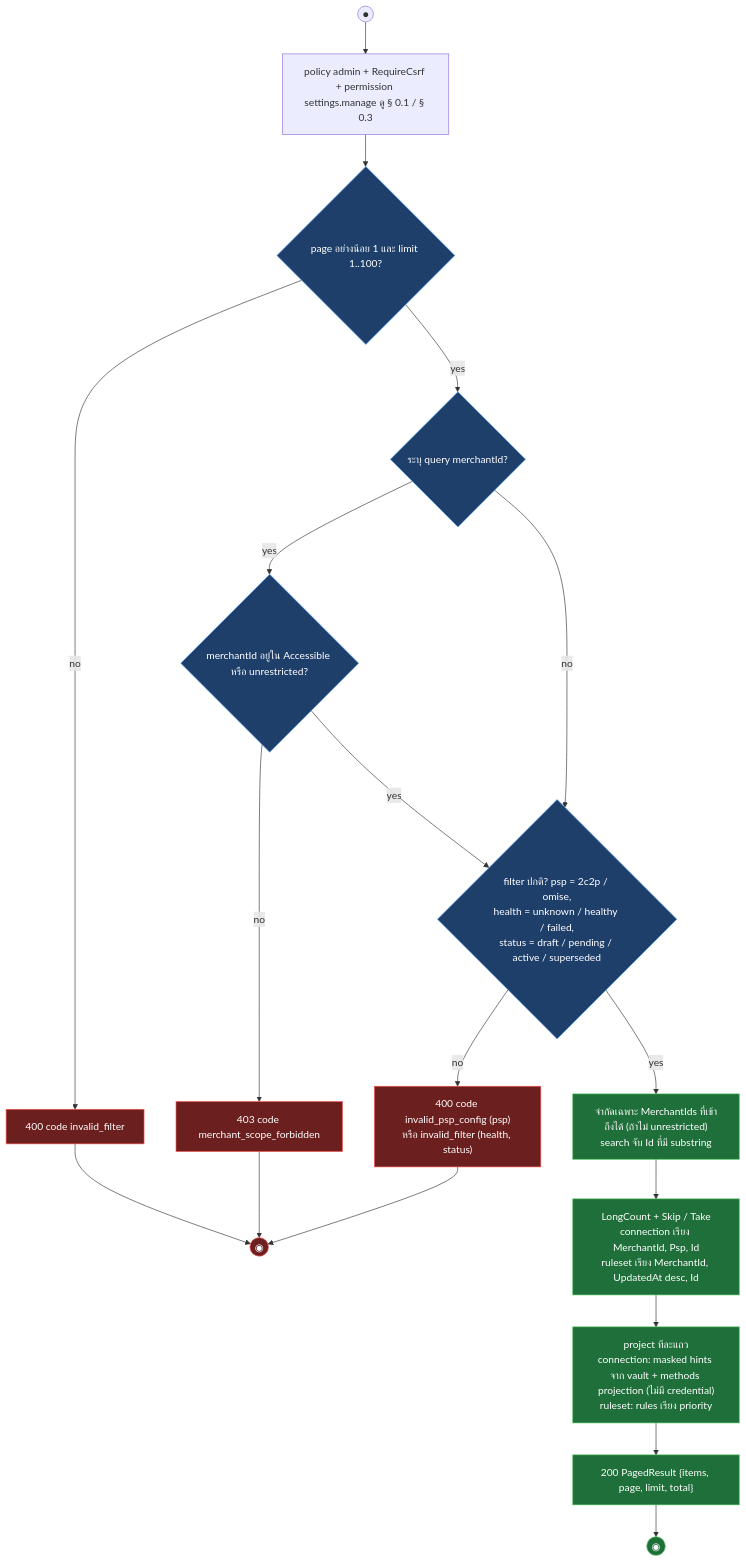
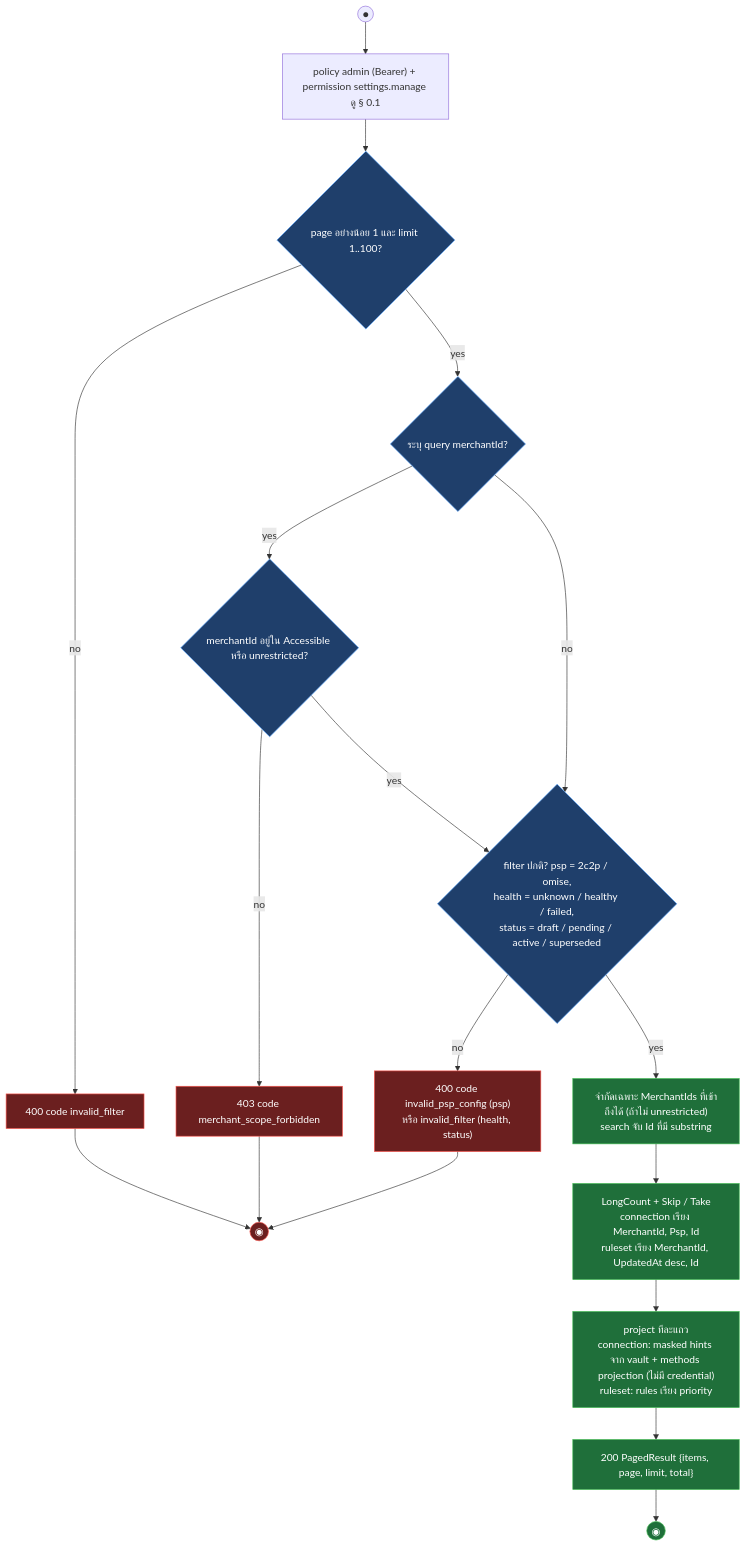
Before and after one commit to metrodiesign/pol-core: the fifth of 10 diagrams in outputs/diagrams/2026-09-14_api-endpoints_v1/11-payment-capability-config.activities.md, drawn with Mermaid. The commit also changed other lines of this file and 42 other files, not shown here.

First line of the commit message:
docs: align reference docs and the API diagram set with the Bearer-only admin plane

````diff
--- a/outputs/diagrams/2026-09-14_api-endpoints_v1/11-payment-capability-config.activities.md
+++ b/outputs/diagrams/2026-09-14_api-endpoints_v1/11-payment-capability-config.activities.md
@@ -280,27 +280,27 @@
 ```mermaid
 flowchart TD
-    START((●)) --> GATE["policy admin + RequireCsrf + permission settings.manage ดู § 0.1 / § 0.3"]
+    START((●)) --> GATE["policy admin (Bearer) + permission settings.manage ดู § 0.1"]
     GATE --> PAGE{"page อย่างน้อย 1 และ limit 1..100?"}
     PAGE -->|no| R400P["400 code invalid_filter"]
     PAGE -->|yes| MID{"ระบุ query merchantId?"}
     MID -->|yes| ALLOW{"merchantId อยู่ใน Accessible หรือ unrestricted?"}
     ALLOW -->|no| R403["403 code merchant_scope_forbidden"]
     ALLOW -->|yes| FILT
     MID -->|no| FILT{"filter ปกติ? psp = 2c2p / omise,<br/>health = unknown / healthy / failed,<br/>status = draft / pending / active / superseded"}
     FILT -->|no| R400F["400 code invalid_psp_config (psp)<br/>หรือ invalid_filter (health, status)"]
     FILT -->|yes| SCOPE["จำกัดเฉพาะ MerchantIds ที่เข้าถึงได้ (ถ้าไม่ unrestricted)<br/>search จับ Id ที่มี substring"]
     SCOPE --> QUERY["LongCount + Skip / Take<br/>connection เรียง MerchantId, Psp, Id<br/>ruleset เรียง MerchantId, UpdatedAt desc, Id"]
     QUERY --> PROJ["project ทีละแถว<br/>connection: masked hints จาก vault + methods projection (ไม่มี credential)<br/>ruleset: rules เรียง priority"]
     PROJ --> R200["200 PagedResult {items, page, limit, total}"]
     R200 --> END_S((◉))
     R400P --> END_F((◉))
     R403 --> END_F
     R400F --> END_F
 
     classDef ok fill:#1f6f3a,stroke:#3fb950,color:#fff
     classDef fail fill:#6b1f1f,stroke:#f85149,color:#fff
     classDef gate fill:#1f3f6b,stroke:#58a6ff,color:#fff
     class SCOPE,QUERY,PROJ,R200,END_S ok
     class R400P,R403,R400F,END_F fail
     class PAGE,MID,ALLOW,FILT gate
 ```
````
